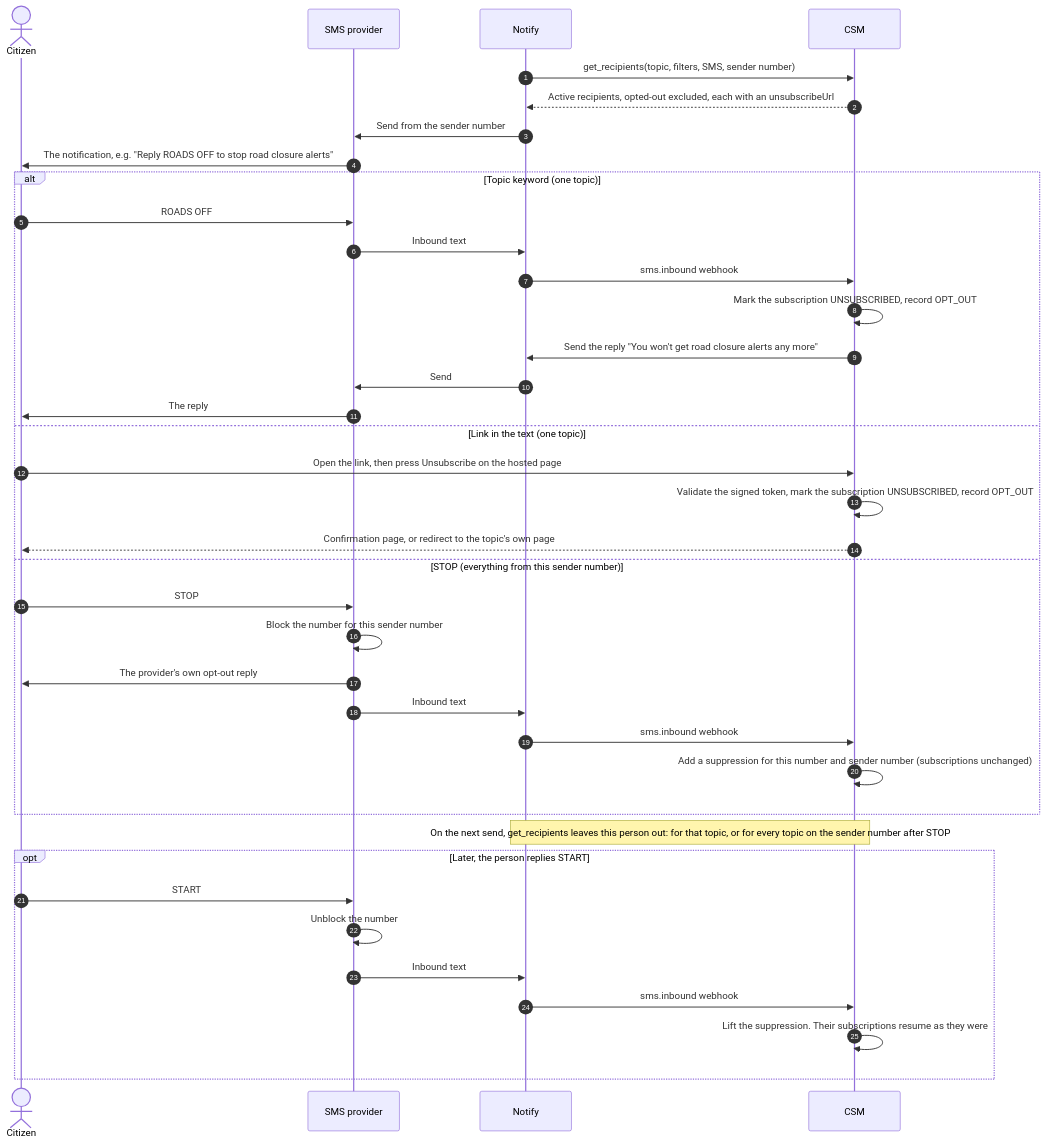
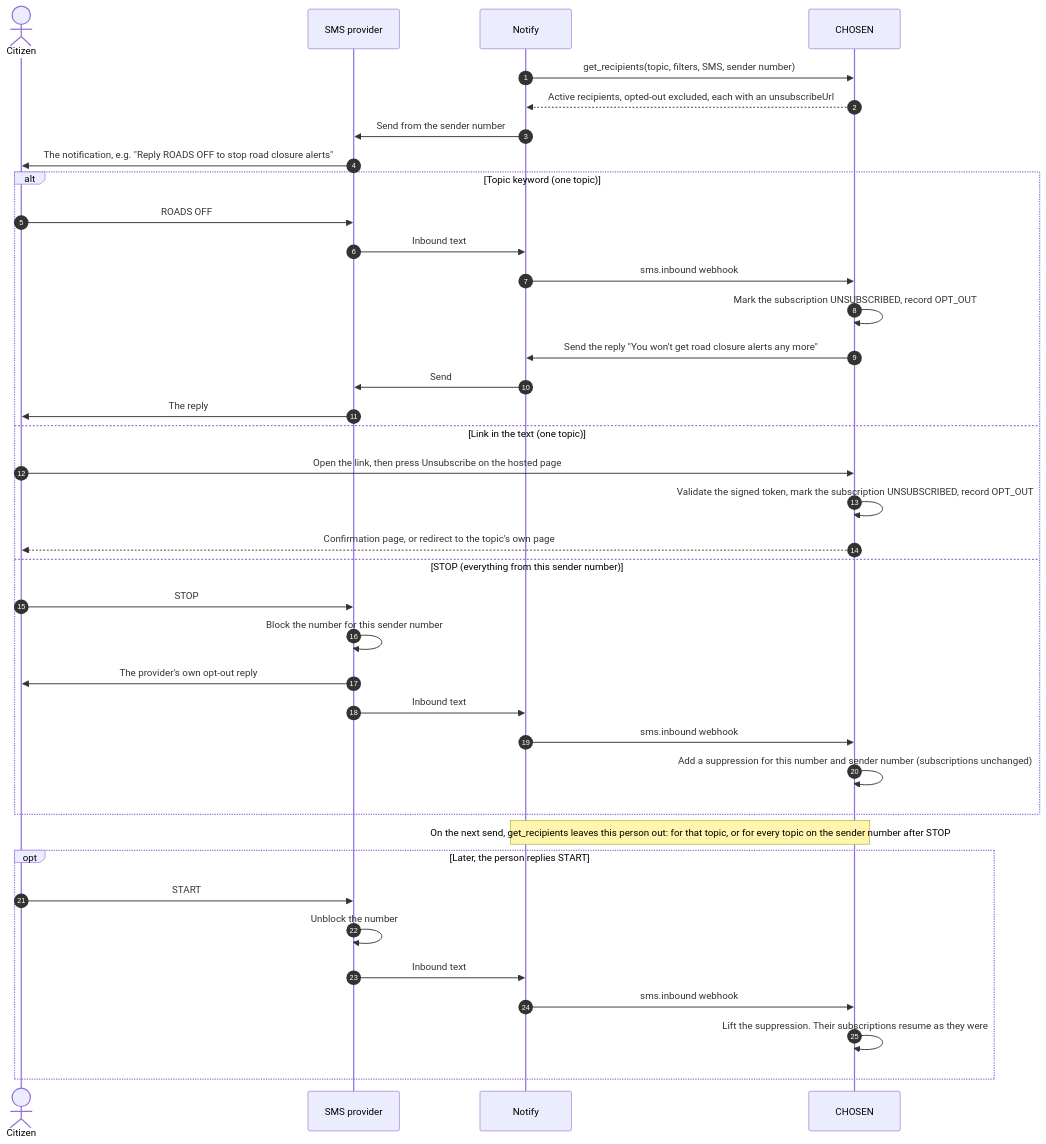
The sixth of 7 diagrams in README.md (bcgov/common-subscription-manager), drawn with Mermaid before and after one commit. The commit also changed other lines of this file and 9 other files, not shown here.

Commit message:
Renamed repo to common-hosted-subscription-for-event-notifications

````diff
--- a/README.md
+++ b/README.md
@@ -225,44 +225,44 @@
 ```mermaid
 sequenceDiagram
     autonumber
     actor Citizen
     participant Provider as SMS provider
     participant Notify
-    participant CSM
+    participant CHOSEN
 
-    Notify->>CSM: get_recipients(topic, filters, SMS, sender number)
-    CSM-->>Notify: Active recipients, opted-out excluded, each with an unsubscribeUrl
+    Notify->>CHOSEN: get_recipients(topic, filters, SMS, sender number)
+    CHOSEN-->>Notify: Active recipients, opted-out excluded, each with an unsubscribeUrl
     Notify->>Provider: Send from the sender number
     Provider->>Citizen: The notification, e.g. "Reply ROADS OFF to stop road closure alerts"
 
     alt Topic keyword (one topic)
         Citizen->>Provider: ROADS OFF
         Provider->>Notify: Inbound text
-        Notify->>CSM: sms.inbound webhook
-        CSM->>CSM: Mark the subscription UNSUBSCRIBED, record OPT_OUT
-        CSM->>Notify: Send the reply "You won't get road closure alerts any more"
+        Notify->>CHOSEN: sms.inbound webhook
+        CHOSEN->>CHOSEN: Mark the subscription UNSUBSCRIBED, record OPT_OUT
+        CHOSEN->>Notify: Send the reply "You won't get road closure alerts any more"
         Notify->>Provider: Send
         Provider->>Citizen: The reply
     else Link in the text (one topic)
-        Citizen->>CSM: Open the link, then press Unsubscribe on the hosted page
-        CSM->>CSM: Validate the signed token, mark the subscription UNSUBSCRIBED, record OPT_OUT
-        CSM-->>Citizen: Confirmation page, or redirect to the topic's own page
+        Citizen->>CHOSEN: Open the link, then press Unsubscribe on the hosted page
+        CHOSEN->>CHOSEN: Validate the signed token, mark the subscription UNSUBSCRIBED, record OPT_OUT
+        CHOSEN-->>Citizen: Confirmation page, or redirect to the topic's own page
     else STOP (everything from this sender number)
         Citizen->>Provider: STOP
         Provider->>Provider: Block the number for this sender number
         Provider->>Citizen: The provider's own opt-out reply
         Provider->>Notify: Inbound text
-        Notify->>CSM: sms.inbound webhook
-        CSM->>CSM: Add a suppression for this number and sender number (subscriptions unchanged)
+        Notify->>CHOSEN: sms.inbound webhook
+        CHOSEN->>CHOSEN: Add a suppression for this number and sender number (subscriptions unchanged)
     end
 
-    Note over Notify,CSM: On the next send, get_recipients leaves this person out: for that topic, or for every topic on the sender number after STOP
+    Note over Notify,CHOSEN: On the next send, get_recipients leaves this person out: for that topic, or for every topic on the sender number after STOP
 
     opt Later, the person replies START
         Citizen->>Provider: START
         Provider->>Provider: Unblock the number
         Provider->>Notify: Inbound text
-        Notify->>CSM: sms.inbound webhook
-        CSM->>CSM: Lift the suppression. Their subscriptions resume as they were
+        Notify->>CHOSEN: sms.inbound webhook
+        CHOSEN->>CHOSEN: Lift the suppression. Their subscriptions resume as they were
     end
 ```
````
